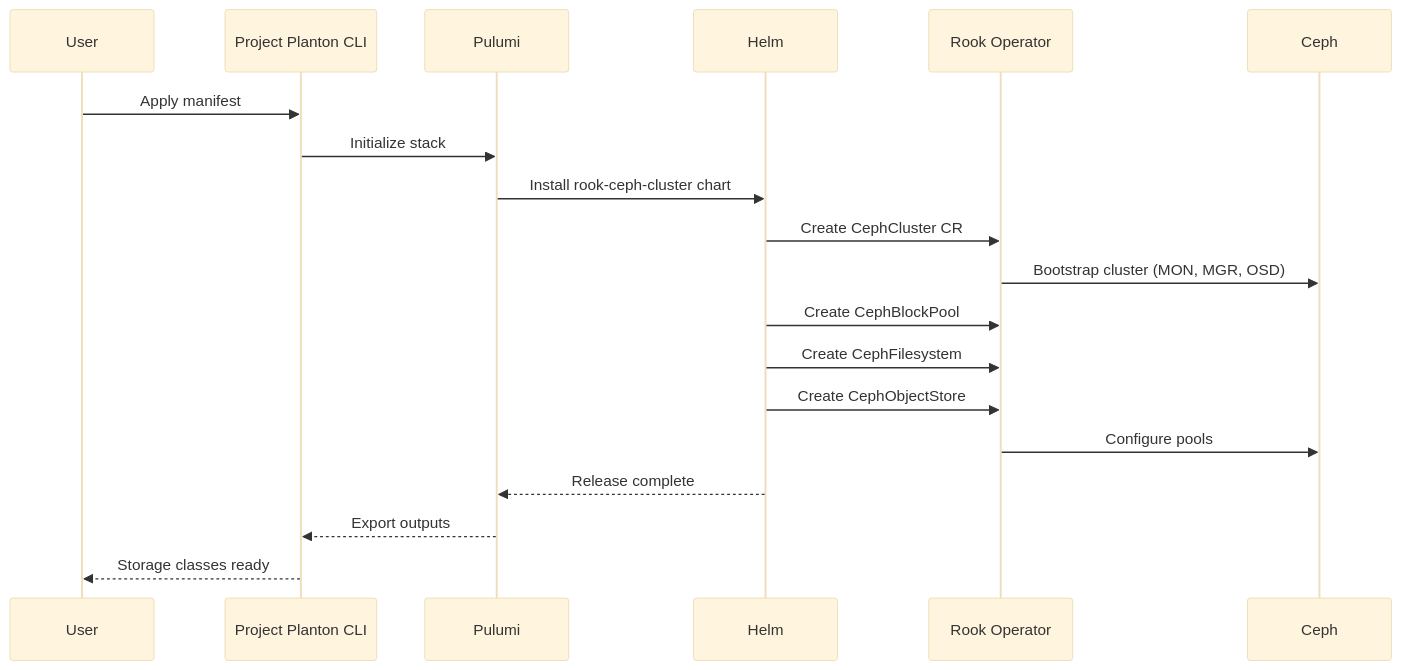
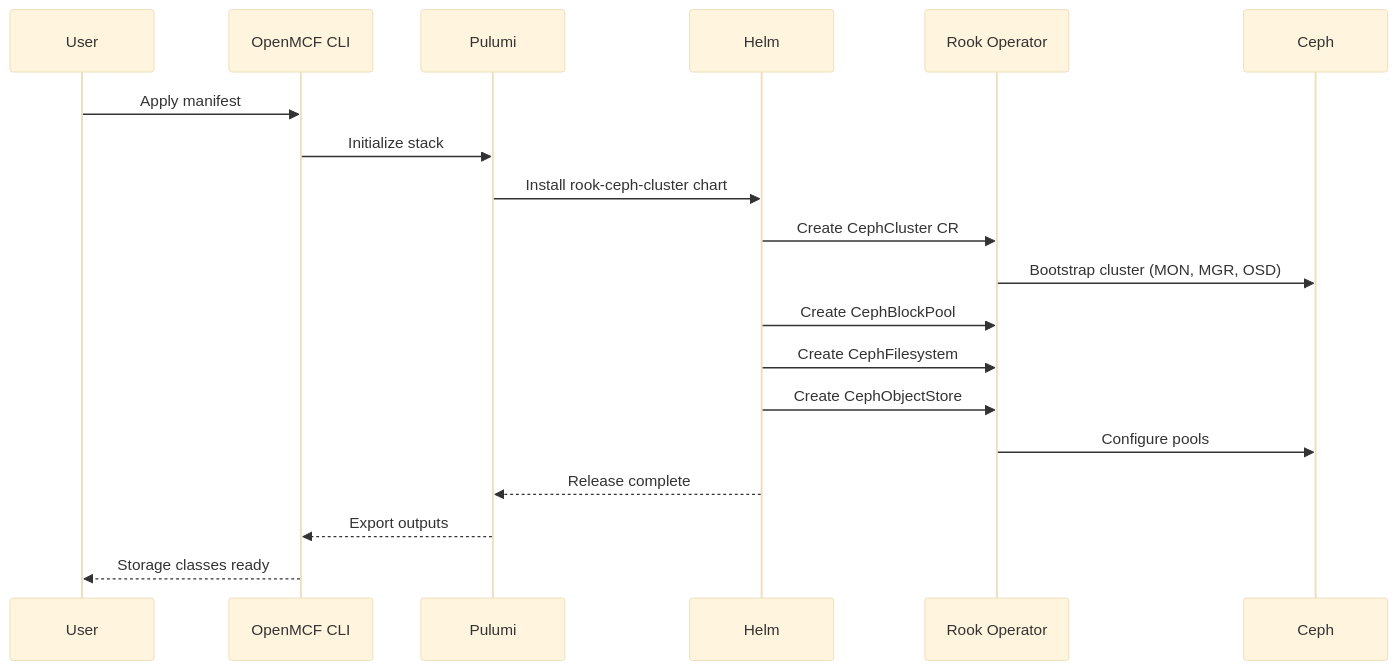
The second of 2 diagrams in _changelog/2026-01/2026-01-23-232758-kubernetes-rook-ceph-cluster-component.md (plantonhq/openmcf), drawn with Mermaid (base theme) before and after one commit. The commit also changed other lines of this file and 11262 other files, not shown here.

````diff
--- a/_changelog/2026-01/2026-01-23-232758-kubernetes-rook-ceph-cluster-component.md
+++ b/_changelog/2026-01/2026-01-23-232758-kubernetes-rook-ceph-cluster-component.md
@@ -123,22 +123,22 @@
 ```mermaid
 sequenceDiagram
     participant User
-    participant CLI as Project Planton CLI
+    participant CLI as OpenMCF CLI
     participant Pulumi
     participant Helm
     participant Rook as Rook Operator
     participant Ceph
     
     User->>CLI: Apply manifest
     CLI->>Pulumi: Initialize stack
     Pulumi->>Helm: Install rook-ceph-cluster chart
     Helm->>Rook: Create CephCluster CR
     Rook->>Ceph: Bootstrap cluster (MON, MGR, OSD)
     Helm->>Rook: Create CephBlockPool
     Helm->>Rook: Create CephFilesystem
     Helm->>Rook: Create CephObjectStore
     Rook->>Ceph: Configure pools
     Helm-->>Pulumi: Release complete
     Pulumi-->>CLI: Export outputs
     CLI-->>User: Storage classes ready
 ```
````
